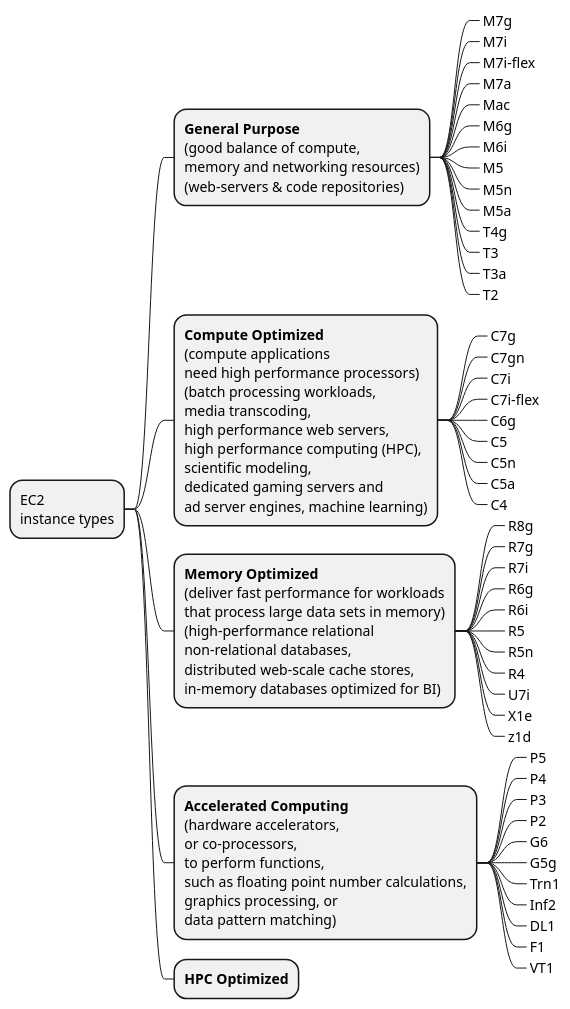
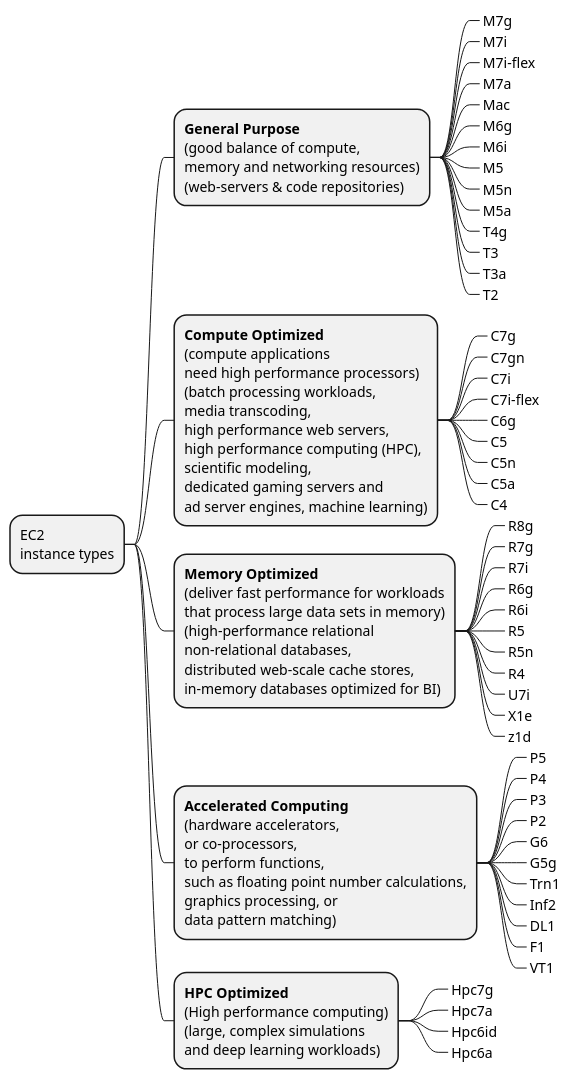
Before and after one commit to avall/AWS-SAA-C03: the diagram in assets/uml/003-ec2/ec2-instance-types.puml, drawn with PlantUML. The commit also changed 2 other files, not shown here.

```diff
--- a/assets/uml/003-ec2/ec2-instance-types.puml
+++ b/assets/uml/003-ec2/ec2-instance-types.puml
@@ -1,62 +1,61 @@
 @startmindmap
 * EC2\ninstance types
 ** <b>General Purpose</b>\n(good balance of compute,\nmemory and networking resources)\n(web-servers & code repositories)
 ***_ M7g
 ***_ M7i
 ***_ M7i-flex
 ***_ M7a
 ***_ Mac
 ***_ M6g
 ***_ M6i
 ***_ M5
 ***_ M5n
 ***_ M5a
 ***_ T4g
 ***_ T3
 ***_ T3a
 ***_ T2
 
 ** <b>Compute Optimized</b>\n(compute applications\nneed high performance processors)\n(batch processing workloads,\nmedia transcoding,\nhigh performance web servers,\nhigh performance computing (HPC),\nscientific modeling,\ndedicated gaming servers and\nad server engines, machine learning)
 ***_ C7g
 ***_ C7gn
 ***_ C7i
 ***_ C7i-flex
 ***_ C6g
 ***_ C5
 ***_ C5n
 ***_ C5a
 ***_ C4
 
 ** <b>Memory Optimized</b>\n(deliver fast performance for workloads\nthat process large data sets in memory)\n(high-performance relational\nnon-relational databases,\ndistributed web-scale cache stores,\nin-memory databases optimized for BI)
 ***_ R8g
 ***_ R7g
 ***_ R7i
 ***_ R6g
 ***_ R6i
 ***_ R5
 ***_ R5n
 ***_ R4
 ***_ U7i
 ***_ X1e
 ***_ z1d
 
-
-
-
 ** <b>Accelerated Computing</b>\n(hardware accelerators,\nor co-processors,\nto perform functions,\nsuch as floating point number calculations,\ngraphics processing, or\ndata pattern matching)
 ***_ P5
 ***_ P4
 ***_ P3
 ***_ P2
 ***_ G6
 ***_ G5g
 ***_ Trn1
 ***_ Inf2
 ***_ DL1
 ***_ F1
 ***_ VT1
 
-** <b>HPC Optimized</b>
-
-
+** <b>HPC Optimized</b>\n(High performance computing)\n(large, complex simulations\nand deep learning workloads)
+***_ Hpc7g
+***_ Hpc7a
+***_ Hpc6id
+***_ Hpc6a
 @endmindmap
```
